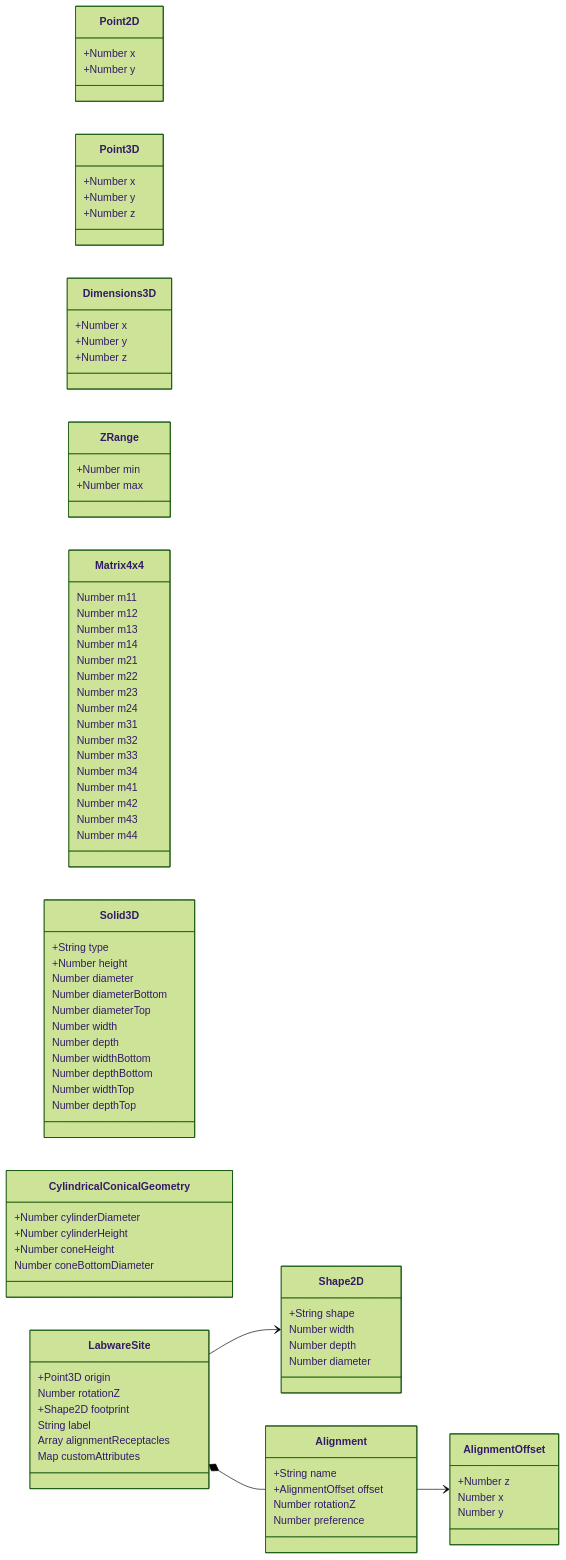
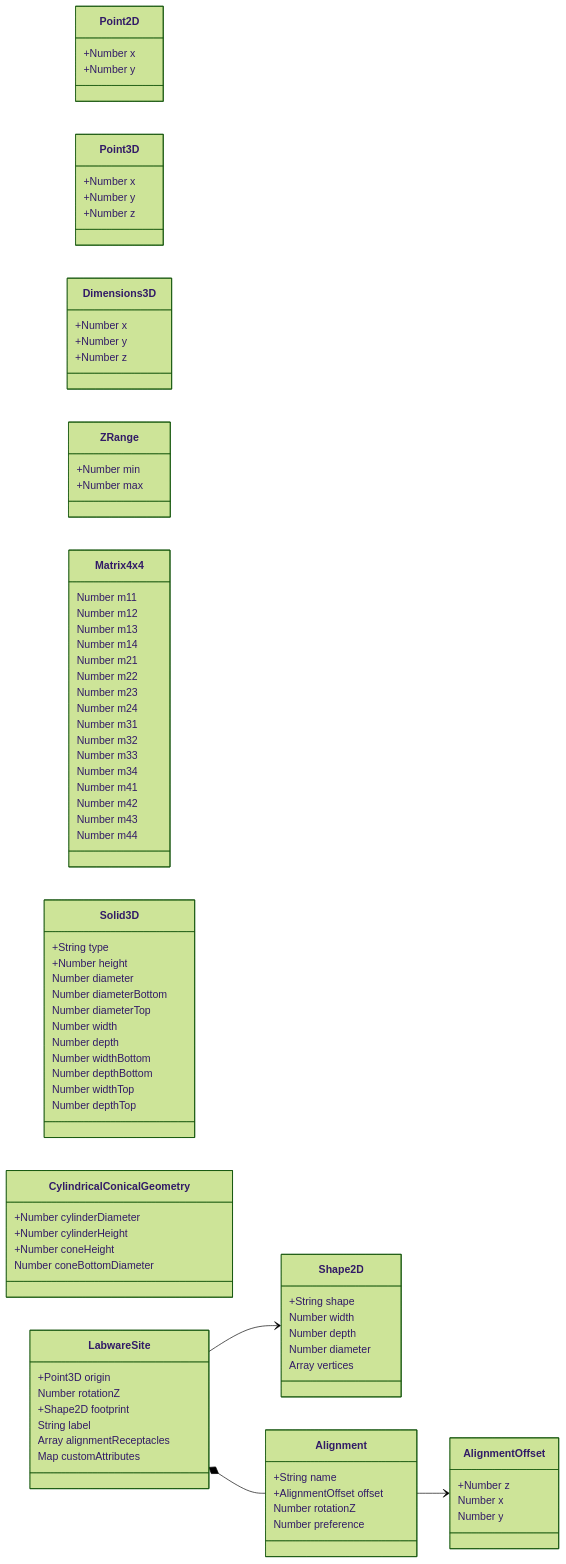
One commit to hamilton-software/venus-python-sdk changed the ninth of 10 diagrams in docs/labware_schema/schema_diagram.md. Above: the diagram before and after it, drawn with Mermaid (forest theme). The commit also changed other lines of this file and 218 other files, not shown here.

```diff
--- a/docs/labware_schema/schema_diagram.md
+++ b/docs/labware_schema/schema_diagram.md
@@ -606,6 +608,7 @@
         Number width
         Number depth
         Number diameter
+        Array vertices
     }
 
     class Solid3D {
```
